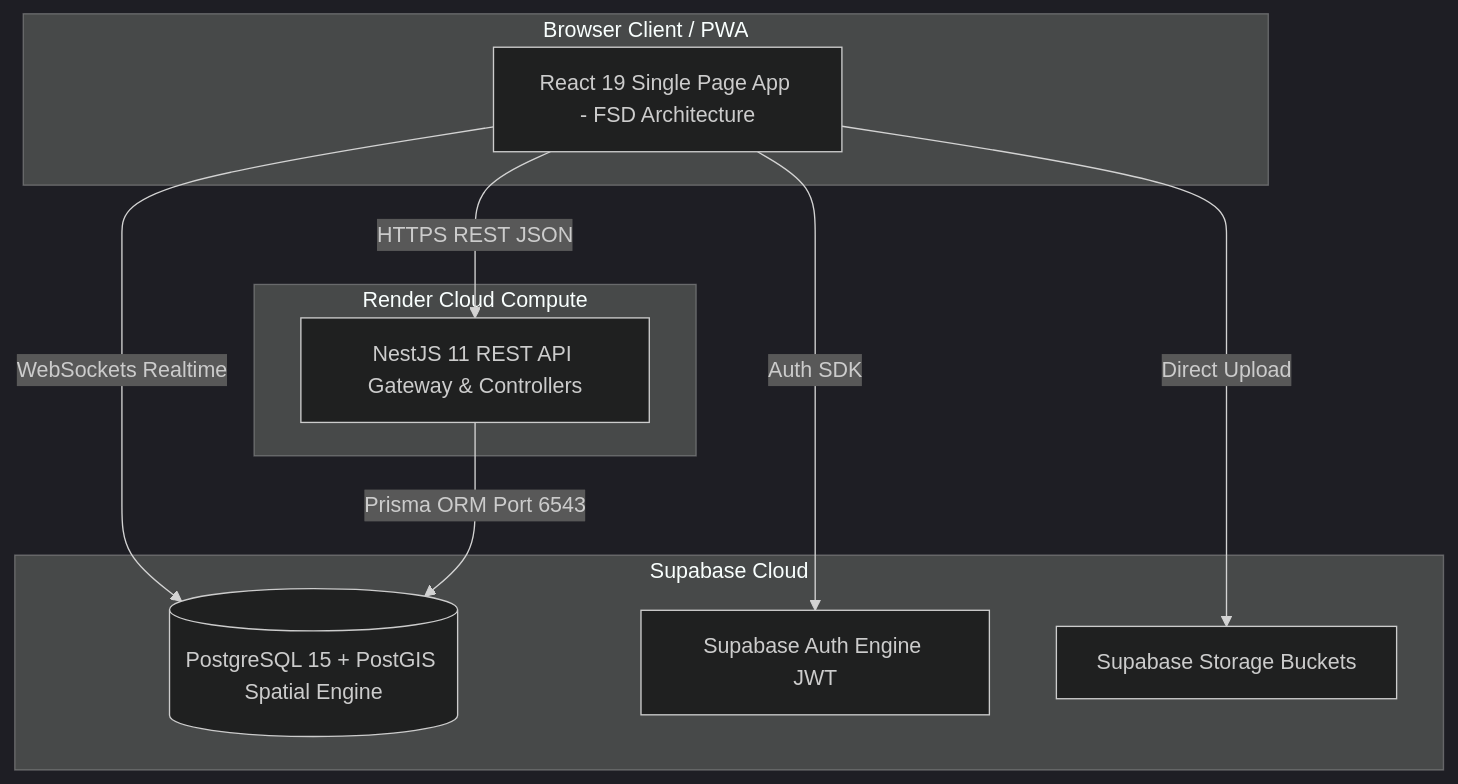
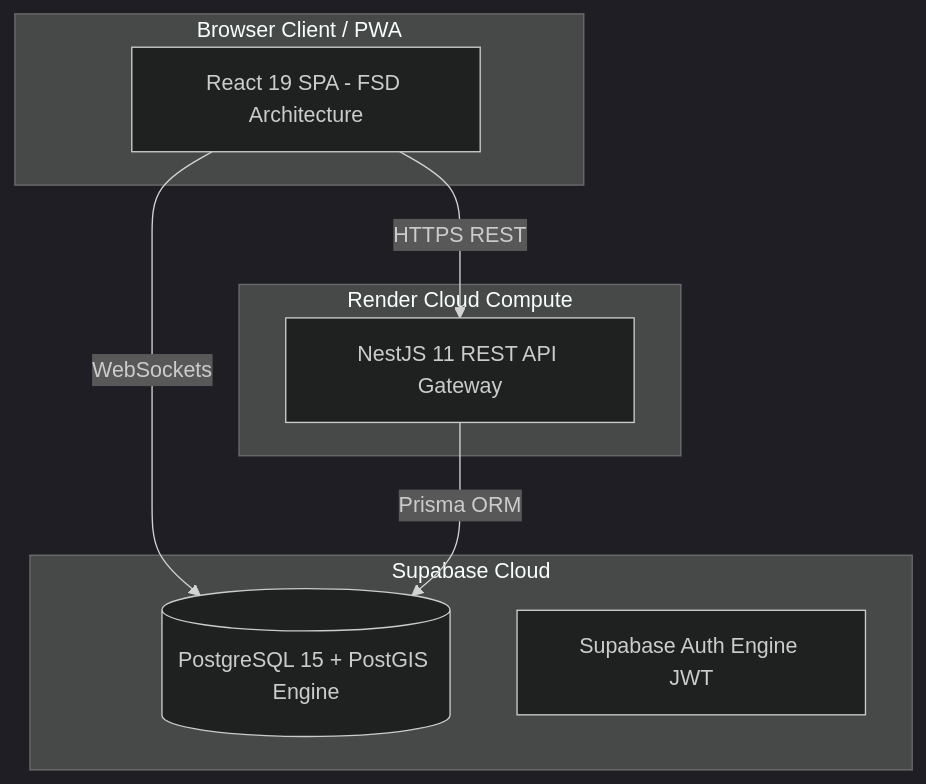
Before and after one commit to jojiz29/sportmatch-connect: the eighth of 9 diagrams in TESIS_FINAL_SPORTMATCH_EN.md, drawn with Mermaid (dark theme). The commit also changed other lines of this file and 7 other files, not shown here.

````diff
--- a/TESIS_FINAL_SPORTMATCH_EN.md
+++ b/TESIS_FINAL_SPORTMATCH_EN.md
@@ -443,19 +309,16 @@
 ```mermaid
 graph TB
     subgraph Browser Client / PWA
-        SPA[React 19 Single Page App - FSD Architecture]
+        SPA[React 19 SPA - FSD Architecture]
     end
     subgraph Render Cloud Compute
-        API[NestJS 11 REST API Gateway & Controllers]
+        API[NestJS 11 REST API Gateway]
     end
     subgraph Supabase Cloud
-        DB[(PostgreSQL 15 + PostGIS Spatial Engine)]
+        DB[(PostgreSQL 15 + PostGIS Engine)]
         AUTH[Supabase Auth Engine JWT]
-        STOR[Supabase Storage Buckets]
     end
-    SPA -->|HTTPS REST JSON| API
-    SPA -->|WebSockets Realtime| DB
-    SPA -->|Auth SDK| AUTH
-    SPA -->|Direct Upload| STOR
-    API -->|Prisma ORM Port 6543| DB
+    SPA -->|HTTPS REST| API
+    SPA -->|WebSockets| DB
+    API -->|Prisma ORM| DB
 ```
````
